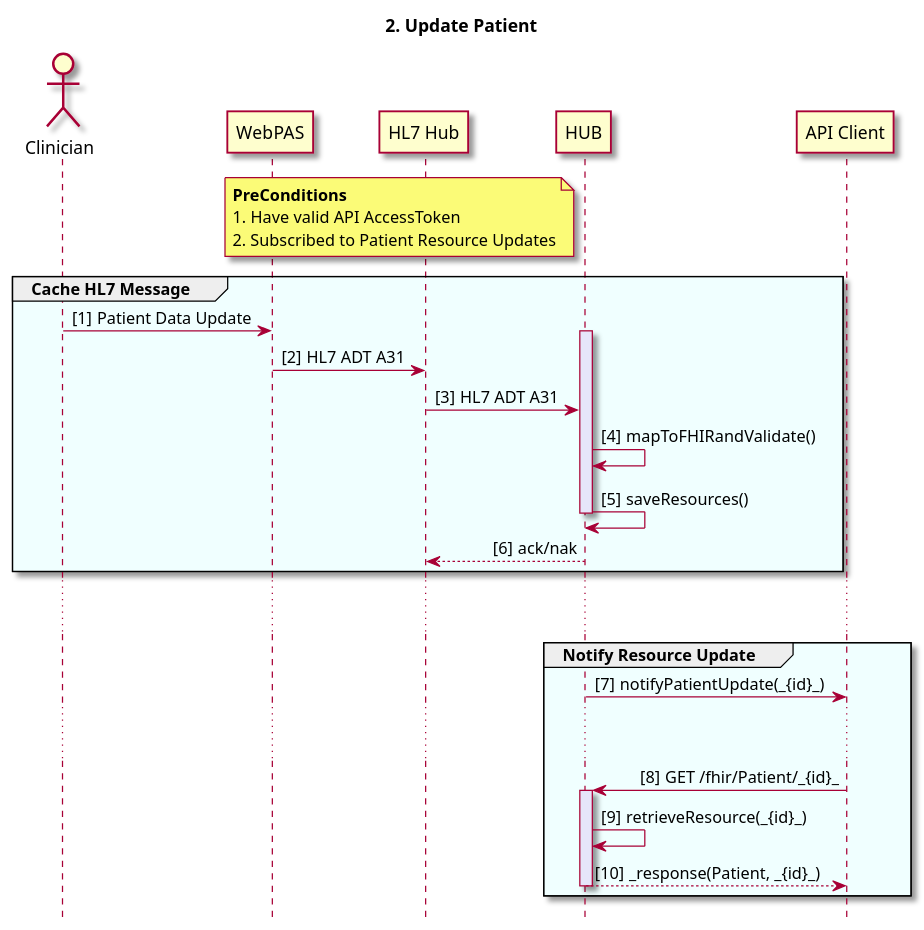
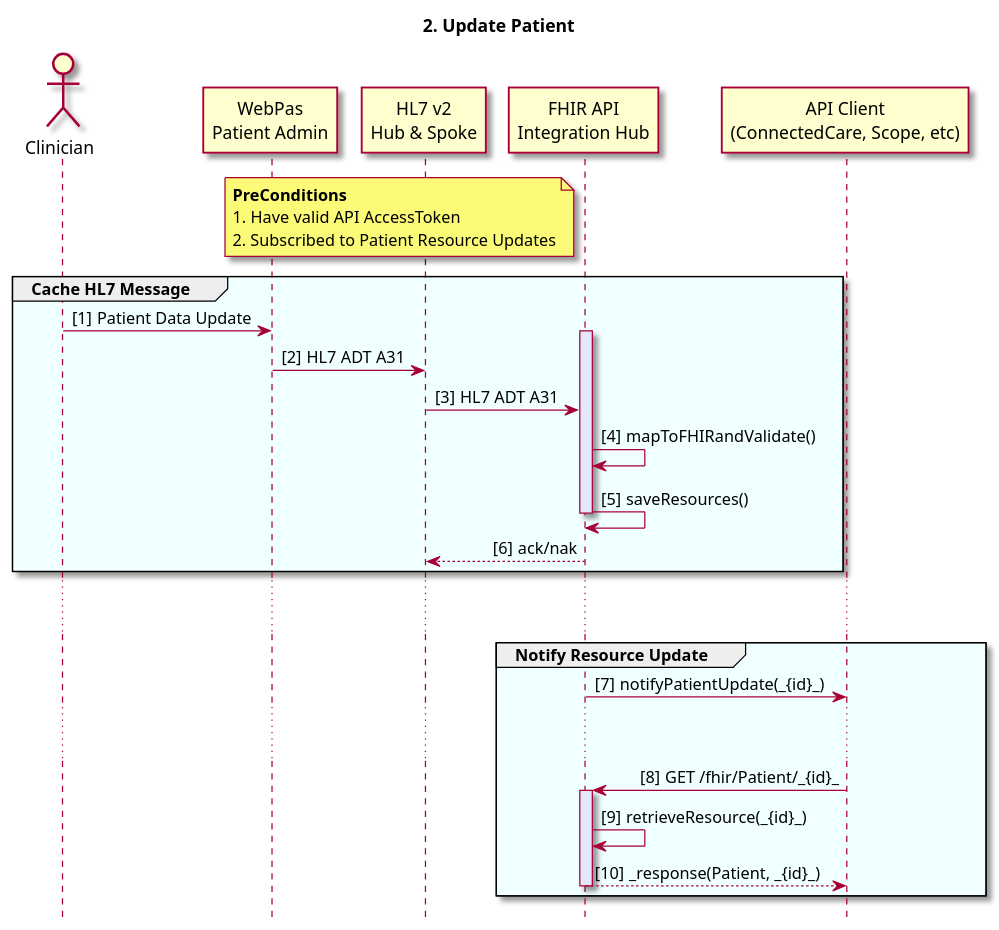
The diagram in input/images-source/useCaseUpdatePatient.plantuml (tewhatuora/centralRegion-integrationHub-ig), drawn with PlantUML before and after one commit. The commit also changed 4 other files, not shown here.

Commit message:
Tidied up diagrams

```diff
--- a/input/images-source/useCaseUpdatePatient.plantuml
+++ b/input/images-source/useCaseUpdatePatient.plantuml
@@ -1,48 +1,47 @@
 @startuml
 
 skin rose
 autonumber "[#]"
 hide footbox
 skinparam responseMessageBelowArrow true
 skinparam sequenceMessageAlign direction
 skinparam sequenceGroupBorderThickness 1
 
 title 2. Update Patient
 
+actor Clinician
+participant "WebPas\nPatient Admin" as WebPAS
+participant "HL7 v2\nHub & Spoke" as HL7
+participant "FHIR API\nIntegration Hub" as HUB
+participant "API Client\n(ConnectedCare, Scope, etc)" as CLIENT
 
 note left of HUB
 **PreConditions**
 1. Have valid API AccessToken
 2. Subscribed to Patient Resource Updates
 end note
 
-
-actor Clinician
-participant WebPAS
-participant "HL7 Hub" as HL7
-participant "Integration Hub" as HUB
-participant "API Client" as CLIENT
 
 group #azure Cache HL7 Message
   Clinician -> WebPAS: Patient Data Update
   activate HUB #lavender
   WebPAS -> HL7: HL7 ADT A31
   HL7 -> HUB: HL7 ADT A31
   HUB -> HUB: mapToFHIRandValidate()
   HUB -> HUB: saveResources()
   deactivate HUB
   HUB --> HL7: ack/nak
 end
 
 ... ...
 
 group #azure Notify Resource Update
   HUB -> CLIENT: notifyPatientUpdate(_{id}_)
   ...  ...
   CLIENT -> HUB: GET /fhir/Patient/_{id}_
   activate HUB #lavender
   HUB -> HUB: retrieveResource(_{id}_)
   return _response(Patient, _{id}_)
   deactivate HUB
 end
 @enduml
```
